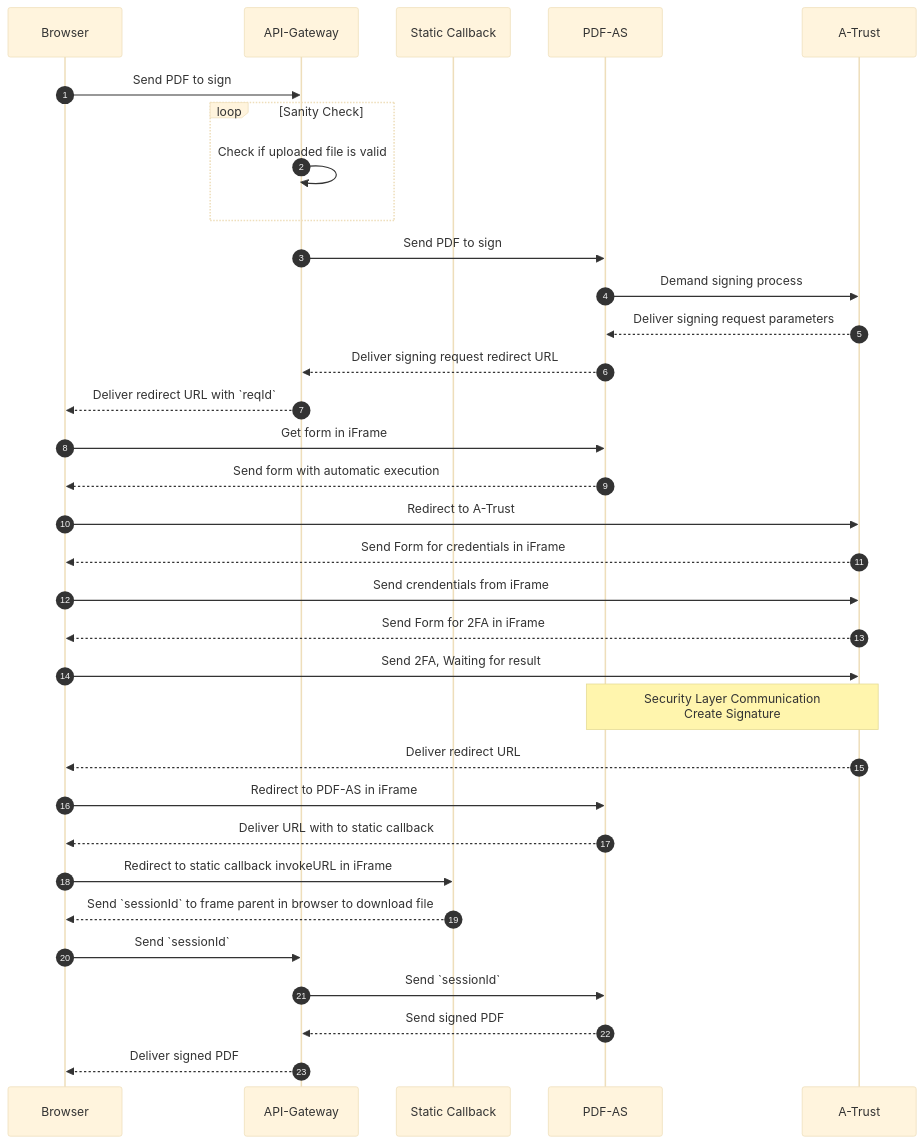
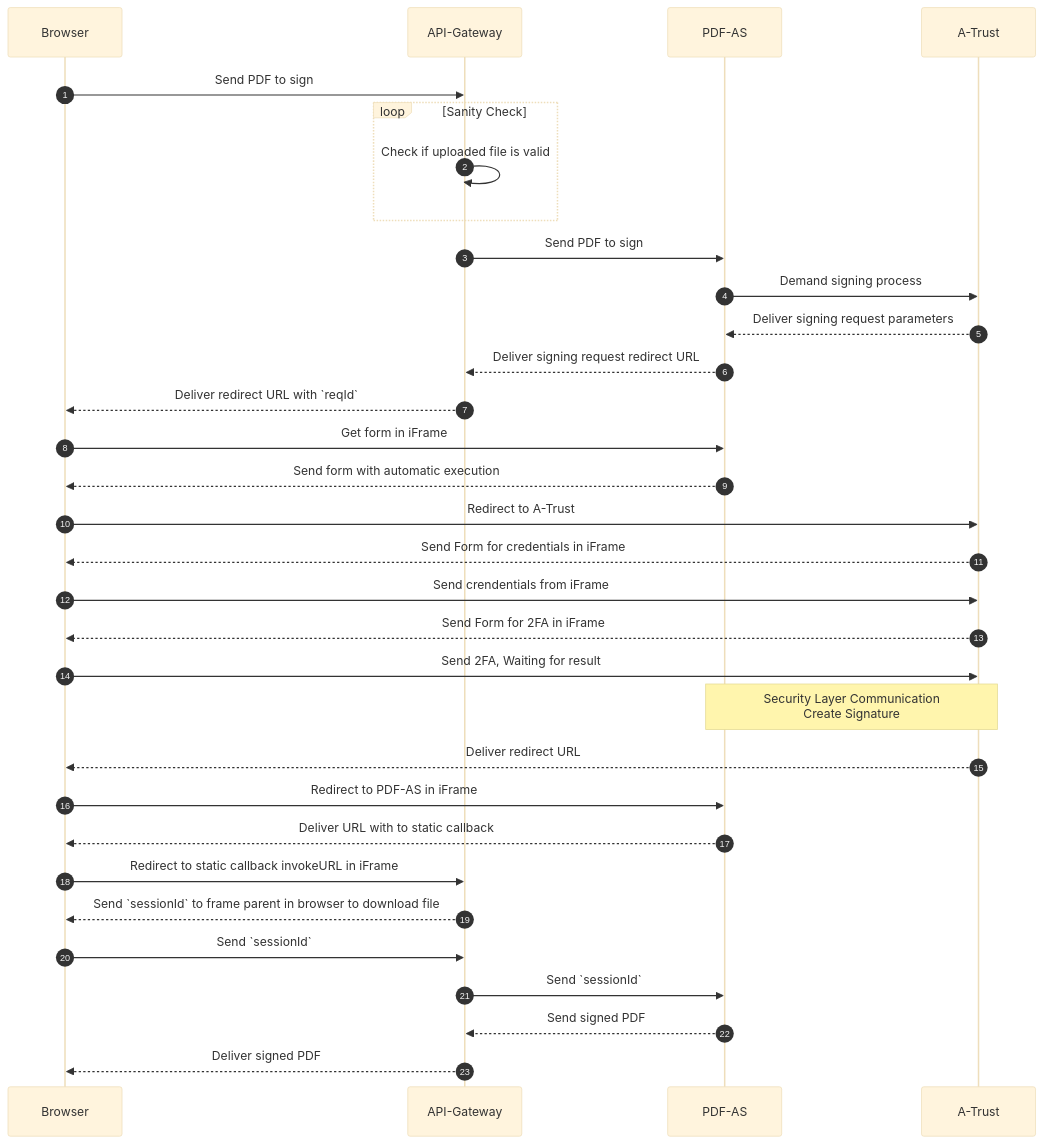
Before and after one commit to digital-blueprint/relay-esign-bundle: the first of 2 diagrams in docs/qualified_flow.md, drawn with Mermaid (base theme).

Commit message:
docs: remove the "Static Callback" actor
and merge it with the API, since by default the API now provides
the callback URLs.

````diff
--- a/docs/qualified_flow.md
+++ b/docs/qualified_flow.md
@@ -4,35 +4,34 @@
 ```mermaid
 sequenceDiagram
     participant Browser
     participant API as API-Gateway
-    participant Callback as Static Callback
     participant PdfAs as PDF-AS
     participant ATrust as A-Trust
     autonumber
     Browser->>API: Send PDF to sign
     loop Sanity Check
         API->>API: Check if uploaded file is valid
     end
     API->>PdfAs: Send PDF to sign
     PdfAs->>ATrust: Demand signing process
     ATrust-->>PdfAs: Deliver signing request parameters
     PdfAs-->>API: Deliver signing request redirect URL
     API-->>Browser: Deliver redirect URL with `reqId`
     Browser->>PdfAs: Get form in iFrame
     PdfAs-->>Browser: Send form with automatic execution
     Browser->>ATrust: Redirect to A-Trust
     ATrust-->>Browser: Send Form for credentials in iFrame
     Browser->>ATrust: Send crendentials from iFrame
     ATrust-->>Browser: Send Form for 2FA in iFrame
     Browser->>ATrust: Send 2FA, Waiting for result
     Note over PdfAs, ATrust: Security Layer Communication<br> Create Signature
     ATrust-->>Browser: Deliver redirect URL
     Browser->>PdfAs: Redirect to PDF-AS in iFrame
     PdfAs-->>Browser: Deliver URL with to static callback
-    Browser->>Callback: Redirect to static callback invokeURL in iFrame
-    Callback-->>Browser: Send `sessionId` to frame parent in browser to download file
+    Browser->>API: Redirect to static callback invokeURL in iFrame
+    API-->>Browser: Send `sessionId` to frame parent in browser to download file
     Browser->>API: Send `sessionId`
     API->>PdfAs: Send `sessionId`
     PdfAs-->>API: Send signed PDF
     API-->>Browser: Deliver signed PDF
 ```
````
